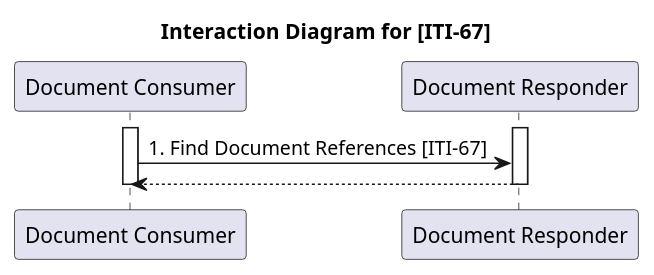
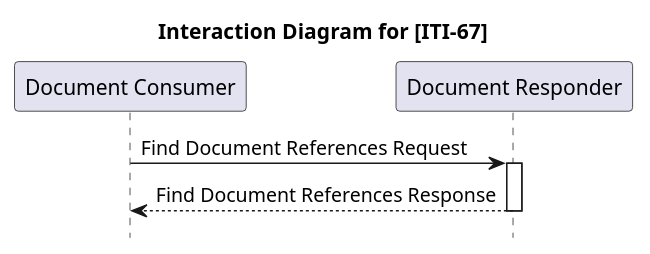
The diagram in input/images-source/MHD_ActorDiagram_ITI-67.plantuml (ehealthsuisse/ch-epr-fhir), drawn with PlantUML before and after one commit. The commit also changed 33 other files, not shown here.

```diff
--- a/input/images-source/MHD_ActorDiagram_ITI-67.plantuml
+++ b/input/images-source/MHD_ActorDiagram_ITI-67.plantuml
@@ -1,14 +1,14 @@
 @startuml
 
 title Interaction Diagram for [ITI-67]
 
+hide footbox
+autoactivate on
+
 participant "Document Consumer" as DocumentConsumer
 participant "Document Responder" as DocumentResponder
-activate "DocumentConsumer"
-activate "DocumentResponder"
-"DocumentConsumer" -> "DocumentResponder" : 1. Find Document References [ITI-67]
-return
-deactivate "DocumentConsumer"
-deactivate "DocumentResponder"
+
+"DocumentConsumer" -> "DocumentResponder" : Find Document References Request
+"DocumentResponder" --> "DocumentConsumer" : Find Document References Response
 
 @enduml 
```
